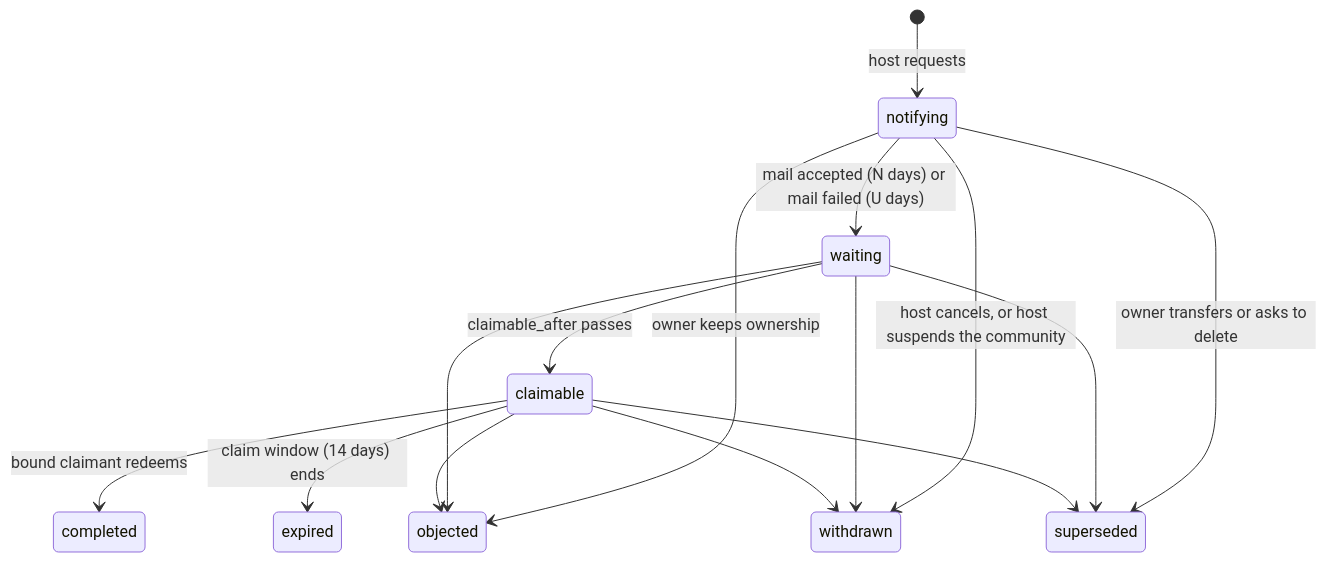
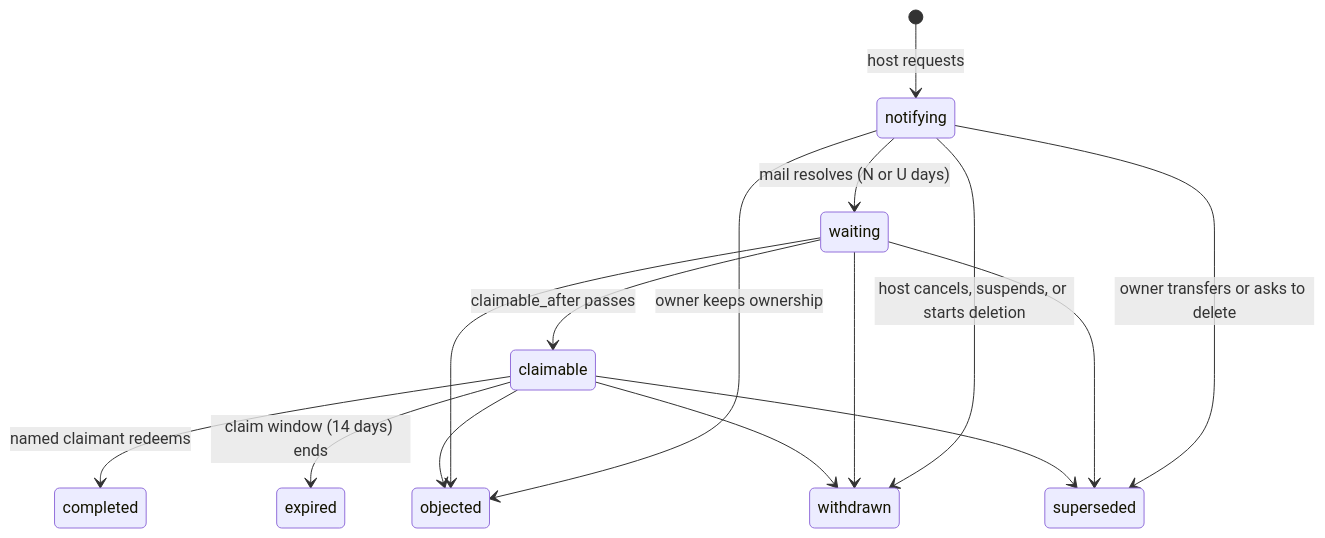
One commit to dork-labs/dorkos changed the diagram in specs/community-owner-replacement/02-specification.md. Above: the diagram before and after it, drawn with Mermaid. The commit also changed other lines of this file and 5 other files, not shown here.

````diff
--- a/specs/community-owner-replacement/02-specification.md
+++ b/specs/community-owner-replacement/02-specification.md
@@ -74,17 +81,17 @@
 ```mermaid
 stateDiagram-v2
   [*] --> notifying: host requests
-  notifying --> waiting: mail accepted (N days) or mail failed (U days)
+  notifying --> waiting: mail resolves (N or U days)
   waiting --> claimable: claimable_after passes
-  claimable --> completed: bound claimant redeems
+  claimable --> completed: named claimant redeems
   notifying --> objected: owner keeps ownership
   waiting --> objected
   claimable --> objected
-  notifying --> withdrawn: host cancels, or host suspends the community
+  notifying --> withdrawn: host cancels, suspends, or starts deletion
   waiting --> withdrawn
   claimable --> withdrawn
   notifying --> superseded: owner transfers or asks to delete
   waiting --> superseded
   claimable --> superseded
   claimable --> expired: claim window (14 days) ends
 ```
````
